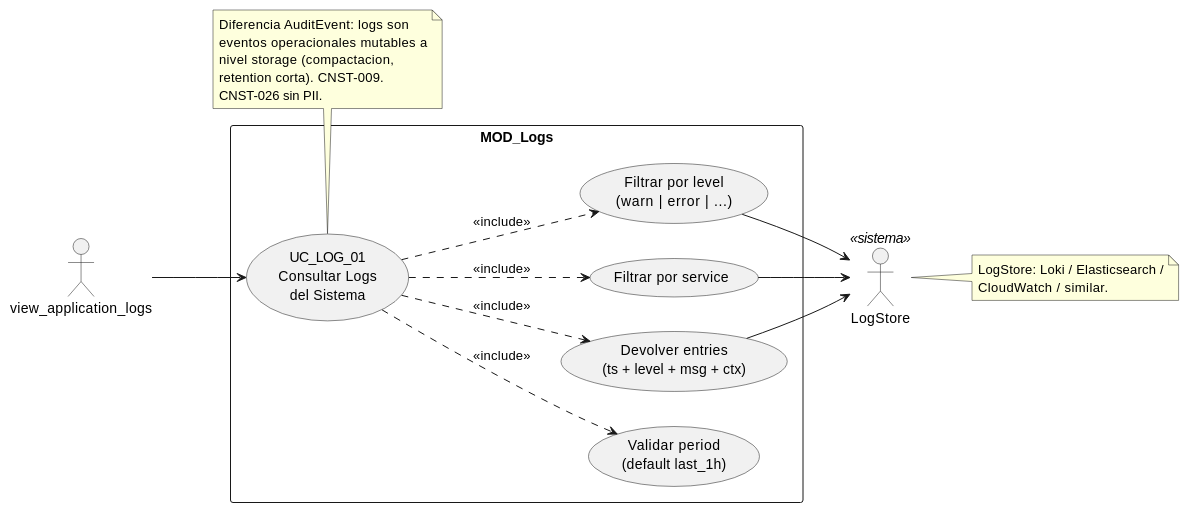
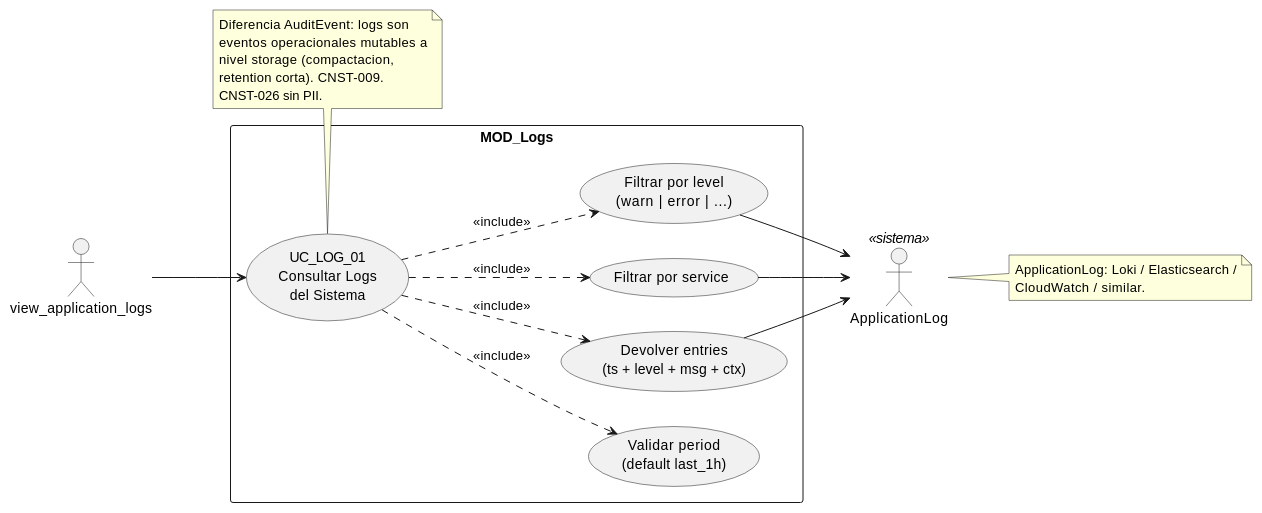
One commit to jcg-admin/IACT-docs changed the diagram in source/requisitos/casos-uso/logs/uc-log-01/diagramas-uml/diagrama-de-caso-de-uso.rst. Above: the diagram before and after it, drawn with PlantUML. The commit also changed other lines of this file and 52 other files, not shown here.

```diff
--- a/source/requisitos/casos-uso/logs/uc-log-01/diagramas-uml/diagrama-de-caso-de-uso.rst
+++ b/source/requisitos/casos-uso/logs/uc-log-01/diagramas-uml/diagrama-de-caso-de-uso.rst
@@ -4,42 +4,42 @@
 .. uml::
  :caption: UC_LOG_01 — actores y casos asociados
 
  @startuml
 
  left to right direction
 
  actor "view_application_logs" as INVOKER
- actor "LogStore" as STORE <<sistema>>
+ actor "ApplicationLog" as LOG <<sistema>>
 
  rectangle "MOD_Logs" {
    usecase "UC_LOG_01\nConsultar Logs\ndel Sistema" as UC_LOG_01
    usecase "Validar period\n(default last_1h)" as VALIDAR_PERIOD
    usecase "Filtrar por level\n(warn | error | ...)" as FILTRAR_LEVEL
    usecase "Filtrar por service" as FILTRAR_SERVICE
    usecase "Devolver entries\n(ts + level + msg + ctx)" as DEVOLVER
  }
 
  INVOKER --> UC_LOG_01
  UC_LOG_01 ..> VALIDAR_PERIOD : <<include>>
  UC_LOG_01 ..> FILTRAR_LEVEL : <<include>>
  UC_LOG_01 ..> FILTRAR_SERVICE : <<include>>
  UC_LOG_01 ..> DEVOLVER : <<include>>
 
- FILTRAR_LEVEL --> STORE
- FILTRAR_SERVICE --> STORE
- DEVOLVER --> STORE
+ FILTRAR_LEVEL --> LOG
+ FILTRAR_SERVICE --> LOG
+ DEVOLVER --> LOG
 
  note bottom of UC_LOG_01
    Diferencia AuditEvent: logs son
    eventos operacionales mutables a
    nivel storage (compactacion,
    retention corta). CNST-009.
    CNST-026 sin PII.
  end note
 
- note right of STORE
-   LogStore: Loki / Elasticsearch /
+ note right of LOG
+   ApplicationLog: Loki / Elasticsearch /
    CloudWatch / similar.
  end note
 
  @enduml
```
